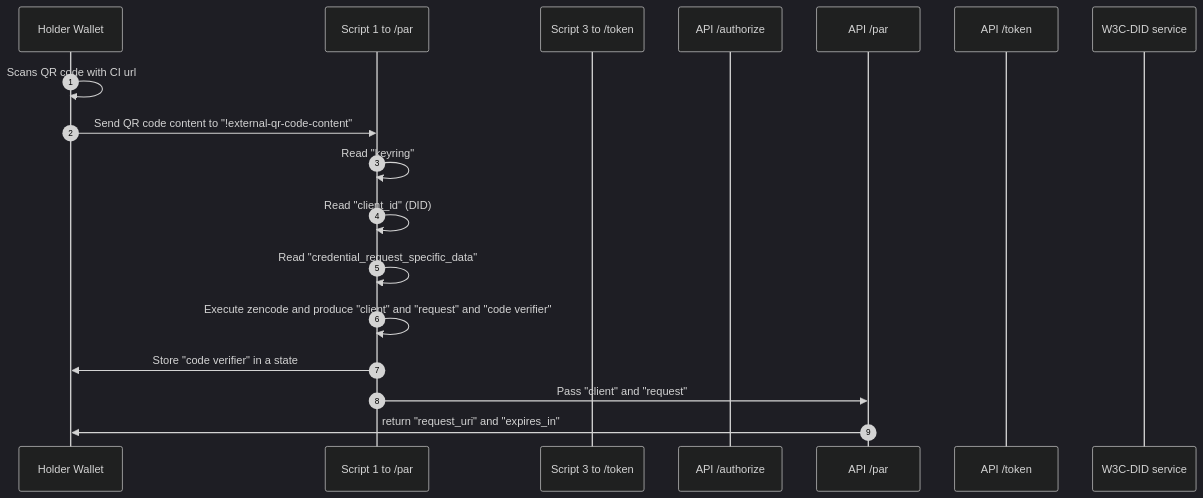
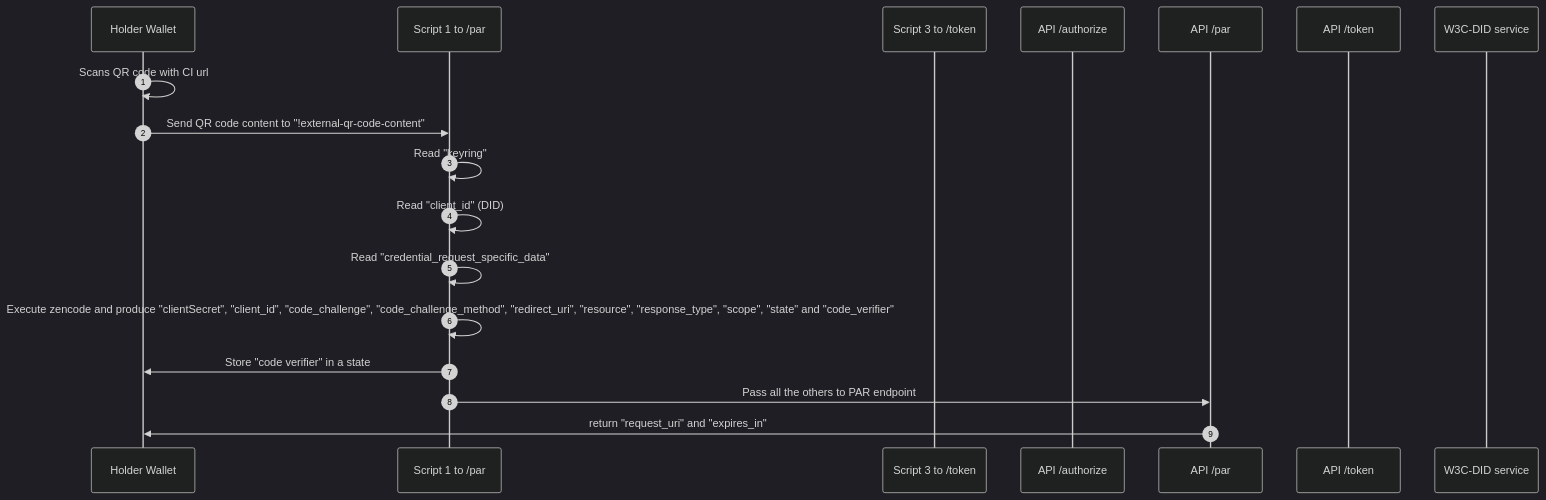
One commit to ForkbombEu/mobile_zencode changed the first of 3 diagrams in wallet/auth-flow.md. Above: the diagram before and after it, drawn with Mermaid (dark theme). The commit also changed other lines of this file, not shown here.

Commit message:
fix(wallet): updated Auth Flow Chart

````diff
--- a/wallet/auth-flow.md
+++ b/wallet/auth-flow.md
@@ -3,24 +3,24 @@
 ```mermaid 
 sequenceDiagram 
 autonumber
   participant H as Holder Wallet
   participant S1 as Script 1 to /par
   participant S3 as Script 3 to /token
   participant A as API /authorize
   participant P as API /par
   participant T as API /token
   participant DID as W3C-DID service
   
   H->>H: Scans QR code with CI url  
   H->>S1: Send QR code content to "!external-qr-code-content"
   S1->>S1: Read "keyring"
   S1->>S1: Read "client_id" (DID)
   S1->>S1: Read "credential_request_specific_data" 
 
-  S1->>S1: Execute zencode and produce "client" and "request" and "code verifier"
+  S1->>S1: Execute zencode and produce "clientSecret", "client_id", "code_challenge", "code_challenge_method", "redirect_uri", "resource", "response_type", "scope", "state" and "code_verifier"
   S1->>H: Store "code verifier" in a state
-  S1->>P: Pass "client" and "request"
+  S1->>P: Pass all the others to PAR endpoint
   P->>H: return "request_uri" and "expires_in" 
 
 
 ```
````
